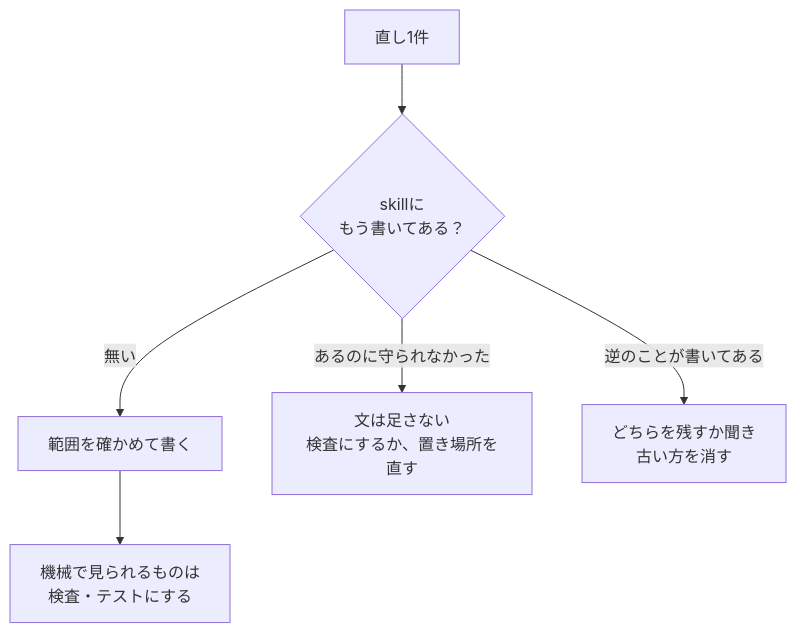
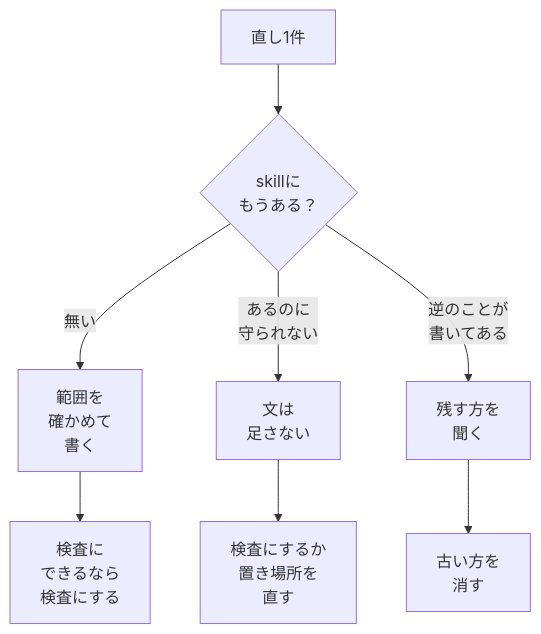
Before and after one commit to tamacolet/skill-eval: the second of 2 diagrams in README.md, drawn with Mermaid. The commit also changed other lines of this file and 4 other files, not shown here.

Commit message:
docs: 作るものの種類を問わない形にし、図の文字切れを直す

````diff
--- a/README.md
+++ b/README.md
@@ -46,8 +47,10 @@
 ```mermaid
 flowchart TD
-  A["直し1件"] --> B{"skillに<br>もう書いてある？"}
-  B -->|"無い"| C["範囲を確かめて書く"]
-  B -->|"あるのに守られなかった"| D["文は足さない<br>検査にするか、置き場所を直す"]
-  B -->|"逆のことが書いてある"| E["どちらを残すか聞き<br>古い方を消す"]
-  C --> F["機械で見られるものは<br>検査・テストにする"]
+  A["直し1件"] --> B{"skillに<br>もうある？"}
+  B -->|"無い"| C["範囲を<br>確かめて<br>書く"]
+  B -->|"あるのに<br>守られない"| D["文は<br>足さない"]
+  B -->|"逆のことが<br>書いてある"| E["残す方を<br>聞く"]
+  C --> F["検査に<br>できるなら<br>検査にする"]
+  D --> G["検査にするか<br>置き場所を<br>直す"]
+  E --> H["古い方を<br>消す"]
 ```
````
